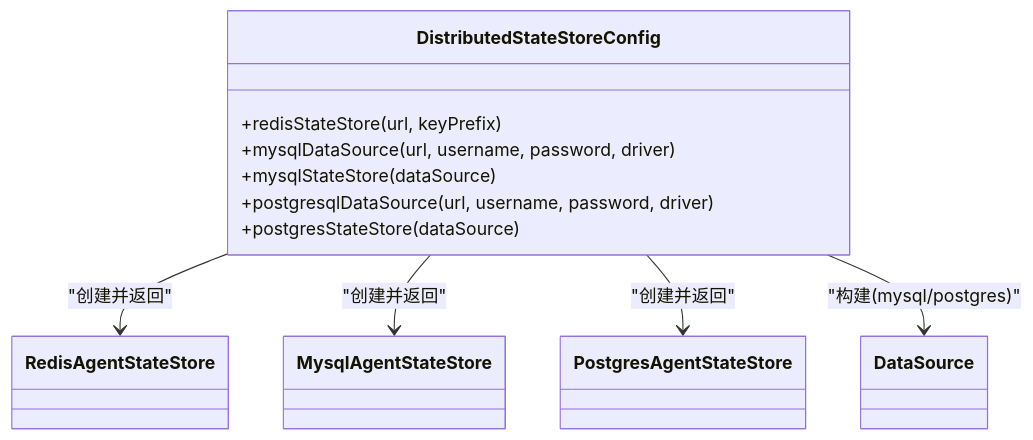
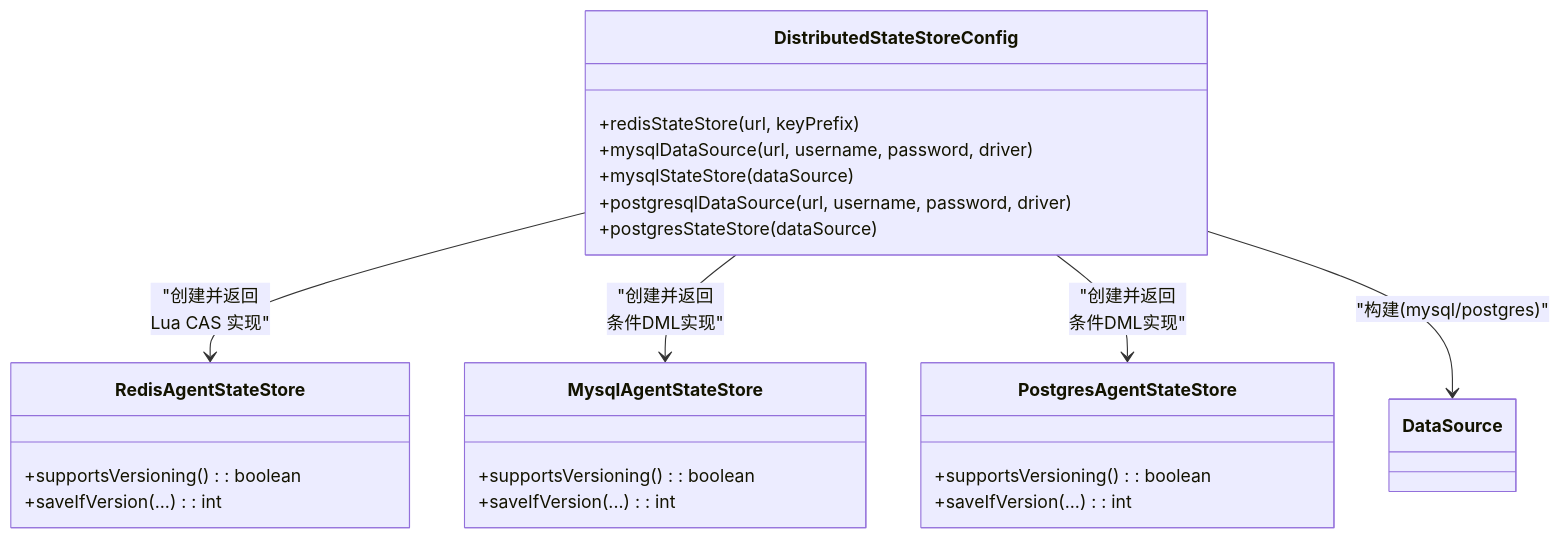
One commit to tinyhu/agentscope-demo changed the third of 6 diagrams in .qoder/repowiki/zh/content/部署与运维/存储后端配置.md. Above: the diagram before and after it, drawn with Mermaid. The commit also changed other lines of this file and 111 other files, not shown here.

````diff
--- a/.qoder/repowiki/zh/content/部署与运维/存储后端配置.md
+++ b/.qoder/repowiki/zh/content/部署与运维/存储后端配置.md
@@ -101,19 +114,27 @@
 ```mermaid
 classDiagram
-    class DistributedStateStoreConfig {
-        +redisStateStore(url, keyPrefix)
-        +mysqlDataSource(url, username, password, driver)
-        +mysqlStateStore(dataSource)
-        +postgresqlDataSource(url, username, password, driver)
-        +postgresStateStore(dataSource)
-    }
-    class RedisAgentStateStore
-    class MysqlAgentStateStore
-    class PostgresAgentStateStore
-    class DataSource
-
-    DistributedStateStoreConfig --> RedisAgentStateStore : "创建并返回"
-    DistributedStateStoreConfig --> MysqlAgentStateStore : "创建并返回"
-    DistributedStateStoreConfig --> PostgresAgentStateStore : "创建并返回"
-    DistributedStateStoreConfig --> DataSource : "构建(mysql/postgres)"
+class DistributedStateStoreConfig {
++redisStateStore(url, keyPrefix)
++mysqlDataSource(url, username, password, driver)
++mysqlStateStore(dataSource)
++postgresqlDataSource(url, username, password, driver)
++postgresStateStore(dataSource)
+}
+class RedisAgentStateStore {
++supportsVersioning() : boolean
++saveIfVersion(...) : int
+}
+class MysqlAgentStateStore {
++supportsVersioning() : boolean
++saveIfVersion(...) : int
+}
+class PostgresAgentStateStore {
++supportsVersioning() : boolean
++saveIfVersion(...) : int
+}
+class DataSource
+DistributedStateStoreConfig --> RedisAgentStateStore : "创建并返回<br/>Lua CAS 实现"
+DistributedStateStoreConfig --> MysqlAgentStateStore : "创建并返回<br/>条件DML实现"
+DistributedStateStoreConfig --> PostgresAgentStateStore : "创建并返回<br/>条件DML实现"
+DistributedStateStoreConfig --> DataSource : "构建(mysql/postgres)"
 ```
````
